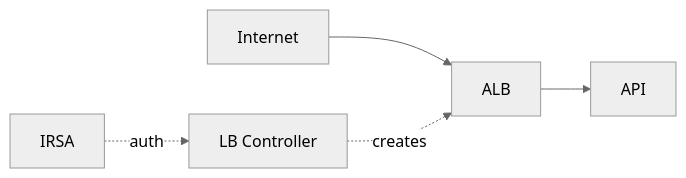
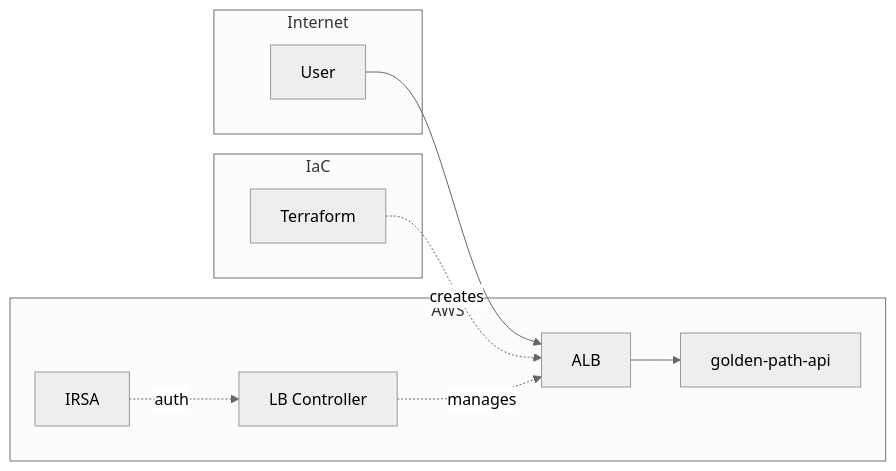
Before and after one commit to sano-suguru/terraform-eks-golden-path: the third of 3 diagrams in README.md, drawn with Mermaid (neutral theme). The commit also changed other lines of this file, not shown here.

Commit message:
docs: READMEのアーキテクチャ図を改善 (#38)

````diff
--- a/README.md
+++ b/README.md
@@ -56,6 +93,22 @@
 ```mermaid
 flowchart LR
-    Internet --> ALB[ALB] --> App[API]
-    LBC[LB Controller] -.->|creates| ALB
+    subgraph internet[Internet]
+        User[User]
+    end
+
+    subgraph aws[AWS]
+        ALB[ALB]
+        App[golden-path-api]
+        LBC[LB Controller]
+        IRSA[IRSA]
+    end
+
+    subgraph iac[IaC]
+        TF[Terraform]
+    end
+
+    User --> ALB --> App
+    TF -.->|creates| ALB
+    LBC -.->|manages| ALB
     IRSA -.->|auth| LBC
 ```
````
